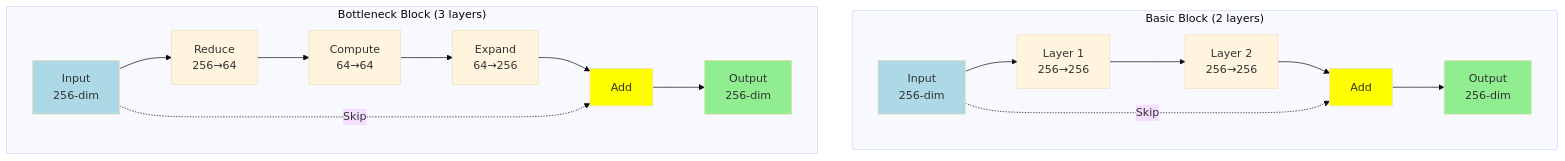
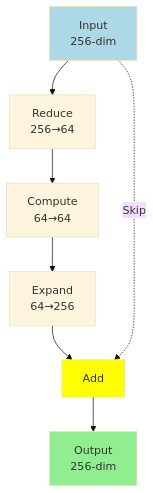
One commit to snowch/snowch.github.io changed the fourth of 5 diagrams in ai-eng/embedding-anomaly-detection/part1-understanding-resnet.md. Above: the diagram before and after it, drawn with Mermaid (base theme). The commit also changed other lines of this file, not shown here.

Commit message:
Stack block diagrams vertically in Part 1
Changed Visual Comparison section from side-by-side to vertical layout by splitting the single mermaid diagram into two separate diagrams. This improves readability and makes better use of vertical space.

````diff
--- a/ai-eng/embedding-anomaly-detection/part1-understanding-resnet.md
+++ b/ai-eng/embedding-anomaly-detection/part1-understanding-resnet.md
@@ -422,26 +439,13 @@
 ```{mermaid}
 graph TB
-    subgraph "Basic Block (2 layers)"
-        B1[Input<br/>256-dim] --> B2[Layer 1<br/>256→256]
-        B2 --> B3[Layer 2<br/>256→256]
-        B3 --> B4[Add]
-        B1 -.Skip.-> B4
-        B4 --> B5[Output<br/>256-dim]
-    end
+    BB1[Input<br/>256-dim] --> BB2[Reduce<br/>256→64]
+    BB2 --> BB3[Compute<br/>64→64]
+    BB3 --> BB4[Expand<br/>64→256]
+    BB4 --> BB5[Add]
+    BB1 -.Skip.-> BB5
+    BB5 --> BB6[Output<br/>256-dim]
 
-    subgraph "Bottleneck Block (3 layers)"
-        BB1[Input<br/>256-dim] --> BB2[Reduce<br/>256→64]
-        BB2 --> BB3[Compute<br/>64→64]
-        BB3 --> BB4[Expand<br/>64→256]
-        BB4 --> BB5[Add]
-        BB1 -.Skip.-> BB5
-        BB5 --> BB6[Output<br/>256-dim]
-    end
-
-    style B1 fill:#ADD8E6
-    style B5 fill:#90EE90
     style BB1 fill:#ADD8E6
     style BB6 fill:#90EE90
-    style B4 fill:#FFFF00
     style BB5 fill:#FFFF00
 ```
````
